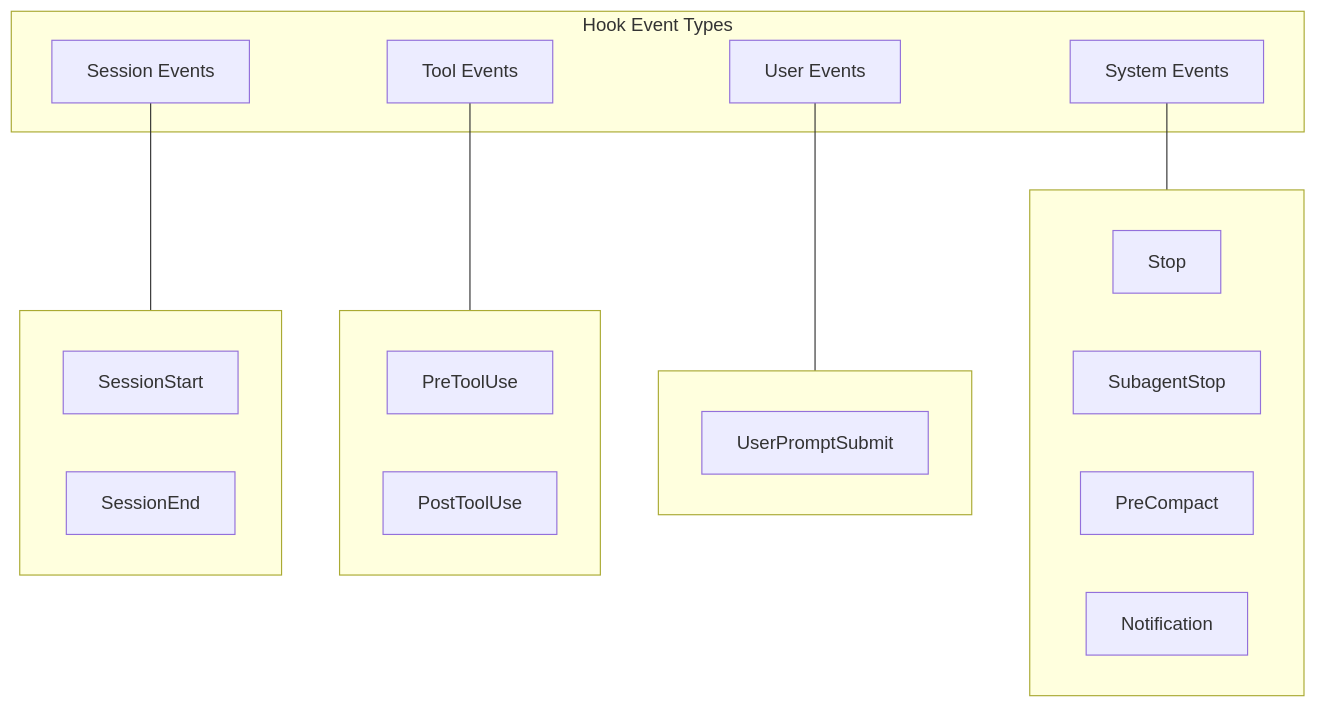
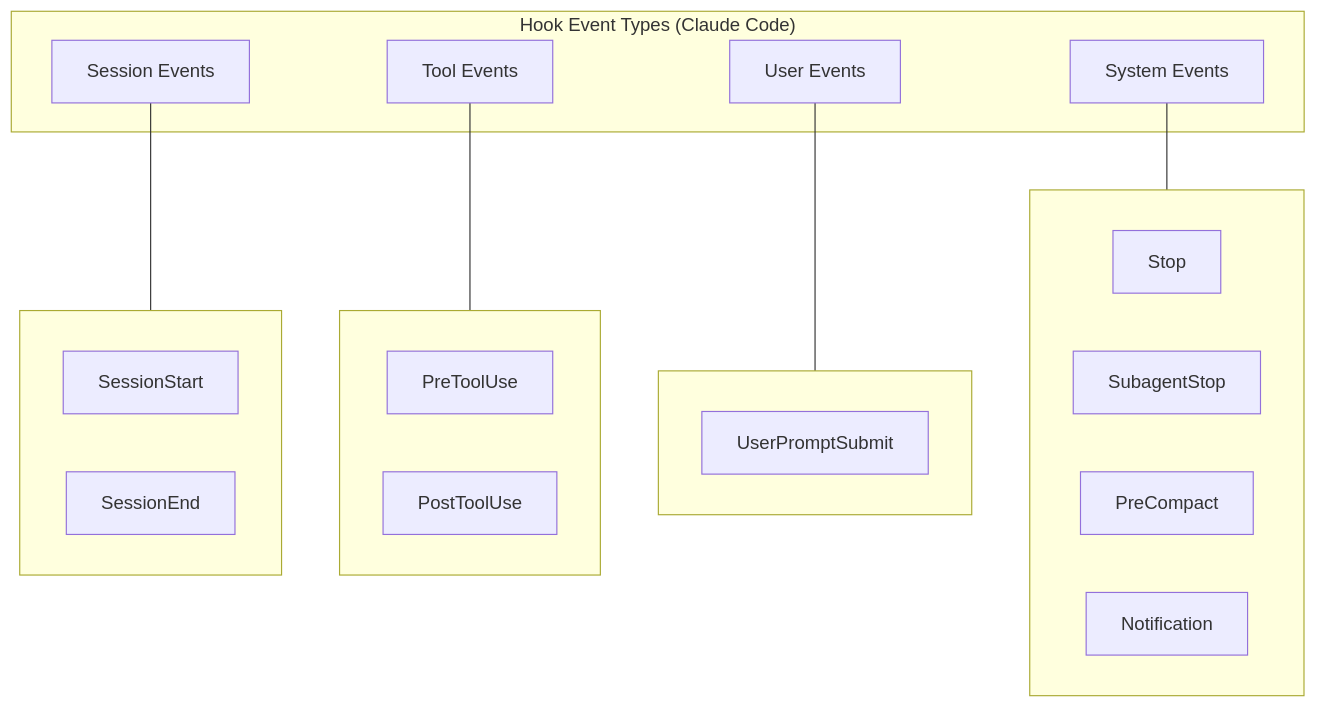
Before and after one commit to RecursiveDev/ReCursor: the fourth of 6 diagrams in docs/architecture/data-flow.md, drawn with Mermaid. The commit also changed other lines of this file and 11 other files, not shown here.

First line of the commit message:
docs: update documentation for multi-agent architecture vision

````diff
--- a/docs/architecture/data-flow.md
+++ b/docs/architecture/data-flow.md
@@ -108,35 +112,35 @@
 ```mermaid
 flowchart TB
-    subgraph Events["Hook Event Types"]
+    subgraph Events["Hook Event Types (Claude Code)"]
         Session["Session Events"]
         Tool["Tool Events"]
         User["User Events"]
         System["System Events"]
     end
 
     subgraph SessionEvents[" " ]
         SS[SessionStart]
         SE[SessionEnd]
     end
 
     subgraph ToolEvents[" " ]
         PTU[PreToolUse]
         PTU2[PostToolUse]
     end
 
     subgraph UserEvents[" " ]
         UPS[UserPromptSubmit]
     end
 
     subgraph SystemEvents[" " ]
         ST[Stop]
         SS2[SubagentStop]
         PC[PreCompact]
         N[Notification]
     end
 
     Session --- SessionEvents
     Tool --- ToolEvents
     User --- UserEvents
     System --- SystemEvents
 ```
````
